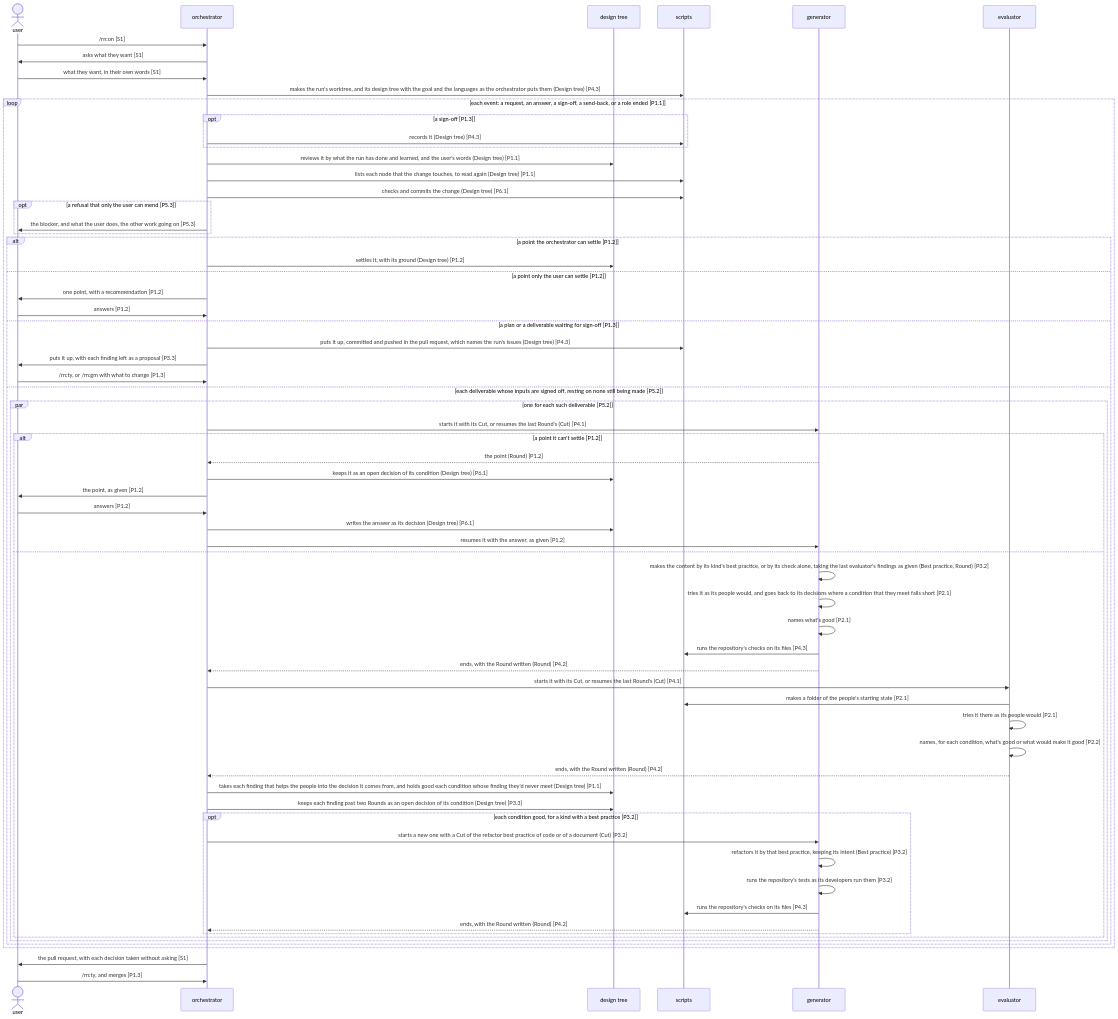
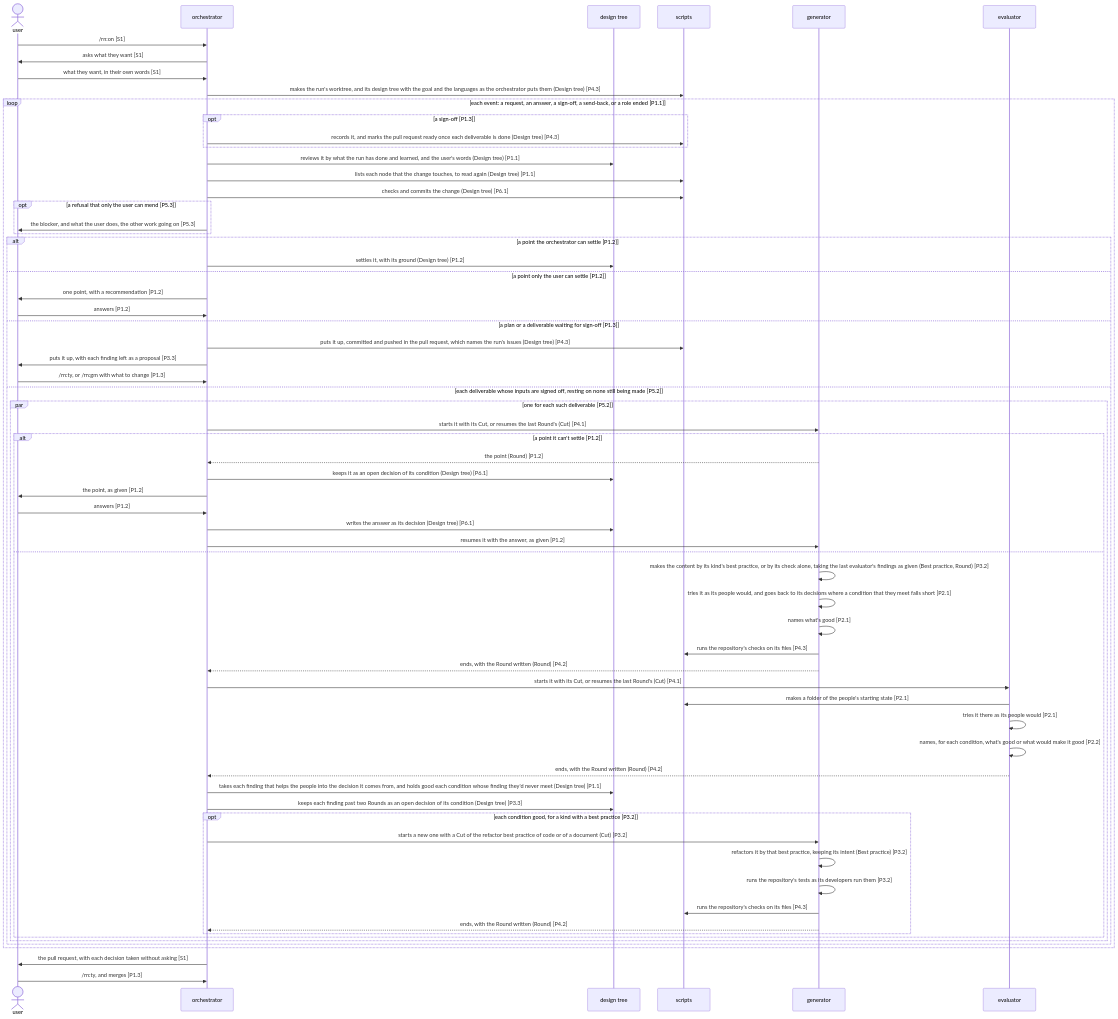
The first of 2 diagrams in dev/rn/architecture.md (lovaizu/ccpm), drawn with Mermaid before and after one commit. The commit also changed other lines of this file, not shown here.

First line of the commit message:
rn's architecture opens the pull request as a draft and marks it ready by the sign-off that leaves each deliverable done, so that nobody merges or reviews the work before the user signs off all of it, as rn's figure and CHANGELOG say and its code doesn't yet do

````diff
--- a/dev/rn/architecture.md
+++ b/dev/rn/architecture.md
@@ -131,68 +134,68 @@
 ```mermaid
 sequenceDiagram
   actor U as user
   participant O as orchestrator
   participant T as design tree
   participant S as scripts
   participant G as generator
   participant E as evaluator
   U->>O: /rn:on [S1]
   O->>U: asks what they want [S1]
   U->>O: what they want, in their own words [S1]
   O->>S: makes the run's worktree, and its design tree with the goal and the languages as the orchestrator puts them (Design tree) [P4.3]
   loop each event: a request, an answer, a sign-off, a send-back, or a role ended [P1.1]
     opt a sign-off [P1.3]
-      O->>S: records it (Design tree) [P4.3]
+      O->>S: records it, and marks the pull request ready once each deliverable is done (Design tree) [P4.3]
     end
     O->>T: reviews it by what the run has done and learned, and the user's words (Design tree) [P1.1]
     O->>S: lists each node that the change touches, to read again (Design tree) [P1.1]
     O->>S: checks and commits the change (Design tree) [P6.1]
     opt a refusal that only the user can mend [P5.3]
       O->>U: the blocker, and what the user does, the other work going on [P5.3]
     end
     alt a point the orchestrator can settle [P1.2]
       O->>T: settles it, with its ground (Design tree) [P1.2]
     else a point only the user can settle [P1.2]
       O->>U: one point, with a recommendation [P1.2]
       U->>O: answers [P1.2]
     else a plan or a deliverable waiting for sign-off [P1.3]
       O->>S: puts it up, committed and pushed in the pull request, which names the run's issues (Design tree) [P4.3]
       O->>U: puts it up, with each finding left as a proposal [P3.3]
       U->>O: /rn:ty, or /rn:gm with what to change [P1.3]
     else each deliverable whose inputs are signed off, resting on none still being made [P5.2]
       par one for each such deliverable [P5.2]
         O->>G: starts it with its Cut, or resumes the last Round's (Cut) [P4.1]
         alt a point it can't settle [P1.2]
           G-->>O: the point (Round) [P1.2]
           O->>T: keeps it as an open decision of its condition (Design tree) [P6.1]
           O->>U: the point, as given [P1.2]
           U->>O: answers [P1.2]
           O->>T: writes the answer as its decision (Design tree) [P6.1]
           O->>G: resumes it with the answer, as given [P1.2]
         else
           G->>G: makes the content by its kind's best practice, or by its check alone, taking the last evaluator's findings as given (Best practice, Round) [P3.2]
           G->>G: tries it as its people would, and goes back to its decisions where a condition that they meet falls short [P2.1]
           G->>G: names what's good [P2.1]
           G->>S: runs the repository's checks on its files [P4.3]
           G-->>O: ends, with the Round written (Round) [P4.2]
           O->>E: starts it with its Cut, or resumes the last Round's (Cut) [P4.1]
           E->>S: makes a folder of the people's starting state [P2.1]
           E->>E: tries it there as its people would [P2.1]
           E->>E: names, for each condition, what's good or what would make it good [P2.2]
           E-->>O: ends, with the Round written (Round) [P4.2]
           O->>T: takes each finding that helps the people into the decision it comes from, and holds good each condition whose finding they'd never meet (Design tree) [P1.1]
           O->>T: keeps each finding past two Rounds as an open decision of its condition (Design tree) [P3.3]
           opt each condition good, for a kind with a best practice [P3.2]
             O->>G: starts a new one with a Cut of the refactor best practice of code or of a document (Cut) [P3.2]
             G->>G: refactors it by that best practice, keeping its intent (Best practice) [P3.2]
             G->>G: runs the repository's tests as its developers run them [P3.2]
             G->>S: runs the repository's checks on its files [P4.3]
             G-->>O: ends, with the Round written (Round) [P4.2]
           end
         end
       end
     end
   end
   O->>U: the pull request, with each decision taken without asking [S1]
   U->>O: /rn:ty, and merges [P1.3]
 ```
````
